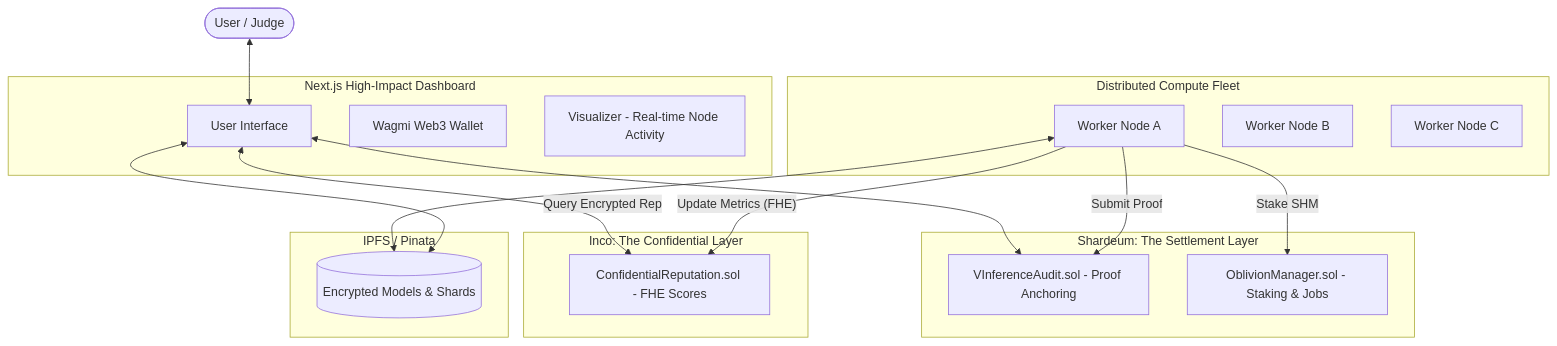
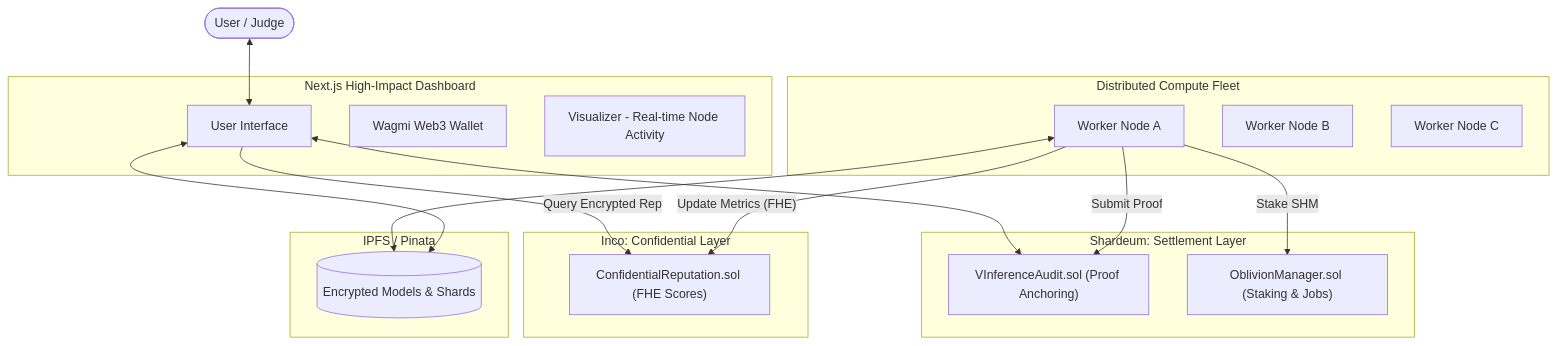
The diagram in README.md (sanjaykumar-nb/Defy26), drawn with Mermaid before and after one commit. The commit also changed other lines of this file, not shown here.

````diff
--- a/README.md
+++ b/README.md
@@ -31,42 +57,42 @@
 ```mermaid
 graph TD
-    User([User / Judge])
+    User(["User / Judge"])
     
-    subgraph Frontend [Next.js High-Impact Dashboard]
-        UI[User Interface]
-        WC[Wagmi Web3 Wallet]
-        VI[Visualizer - Real-time Node Activity]
+    subgraph Frontend ["Next.js High-Impact Dashboard"]
+        UI["User Interface"]
+        WC["Wagmi Web3 Wallet"]
+        VI["Visualizer - Real-time Node Activity"]
     end
     
-    subgraph Mesh [Distributed Compute Fleet]
-        W1[Worker Node A]
-        W2[Worker Node B]
-        W3[Worker Node C]
+    subgraph Mesh ["Distributed Compute Fleet"]
+        W1["Worker Node A"]
+        W2["Worker Node B"]
+        W3["Worker Node C"]
     end
     
-    subgraph Shardeum_Testnet [Shardeum: The Settlement Layer]
-        SC[VInferenceAudit.sol - Proof Anchoring]
-        OM[OblivionManager.sol - Staking & Jobs]
+    subgraph Shardeum_Testnet ["Shardeum: Settlement Layer"]
+        SC["VInferenceAudit.sol (Proof Anchoring)"]
+        OM["OblivionManager.sol (Staking & Jobs)"]
     end
 
-    subgraph Inco_FHEVM [Inco: The Confidential Layer]
-        REP[ConfidentialReputation.sol - FHE Scores]
+    subgraph Inco_FHEVM ["Inco: Confidential Layer"]
+        REP["ConfidentialReputation.sol (FHE Scores)"]
     end
     
-    subgraph Storage [IPFS / Pinata]
-        M[(Encrypted Models & Shards)]
+    subgraph Storage ["IPFS / Pinata"]
+        M[("Encrypted Models & Shards")]
     end
 
     User <--> UI
     UI <--> SC
-    UI <-- "Query Encrypted Rep" --> REP
+    UI -- "Query Encrypted Rep" --> REP
     
     %% Worker Flows
     W1 -- "Submit Proof" --> SC
     W1 -- "Stake SHM" --> OM
     W1 -- "Update Metrics (FHE)" --> REP
     
     %% Data Flows
     W1 <--> M
     UI <--> M
 ```
````
